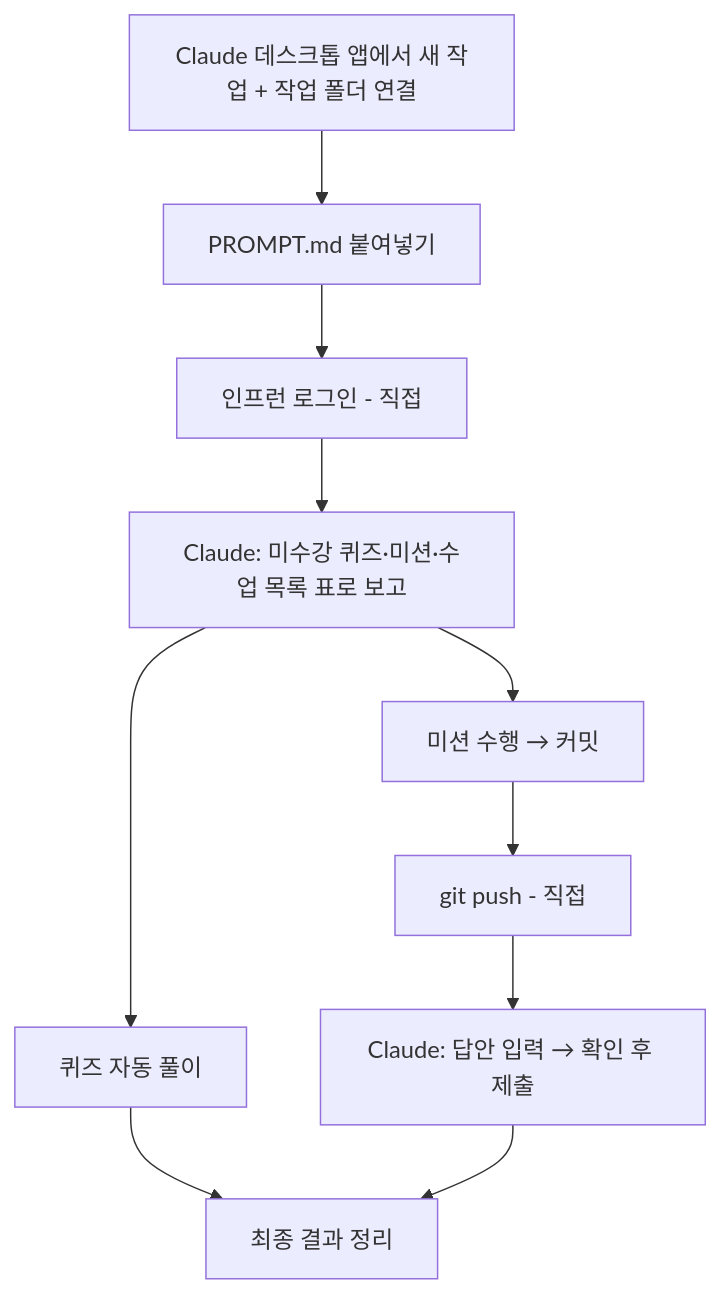
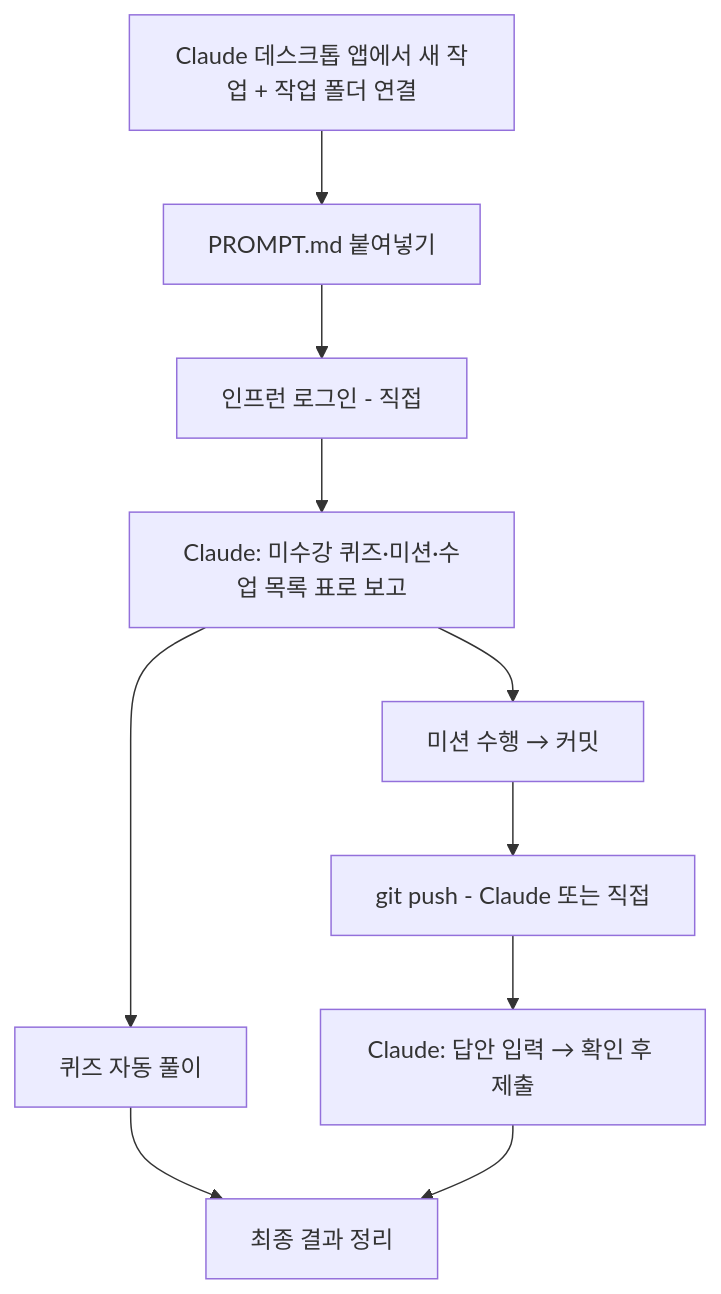
The diagram in README.md (jam-bang/inflearn-claude-guide), drawn with Mermaid before and after one commit. The commit also changed other lines of this file and 1 other file, not shown here.

First line of the commit message:
docs: GitHub 저장소 연결 시 Claude가 직접 push하는 선택지 추가

````diff
--- a/README.md
+++ b/README.md
@@ -37,12 +37,12 @@
 ```mermaid
 flowchart TD
     A[Claude 데스크톱 앱에서 새 작업 + 작업 폴더 연결] --> B[PROMPT.md 붙여넣기]
     B --> C[인프런 로그인 - 직접]
     C --> D[Claude: 미수강 퀴즈·미션·수업 목록 표로 보고]
     D --> E[퀴즈 자동 풀이]
     D --> F[미션 수행 → 커밋]
-    F --> G[git push - 직접]
+    F --> G[git push - Claude 또는 직접]
     G --> H[Claude: 답안 입력 → 확인 후 제출]
     E --> I[최종 결과 정리]
     H --> I
 ```
````
